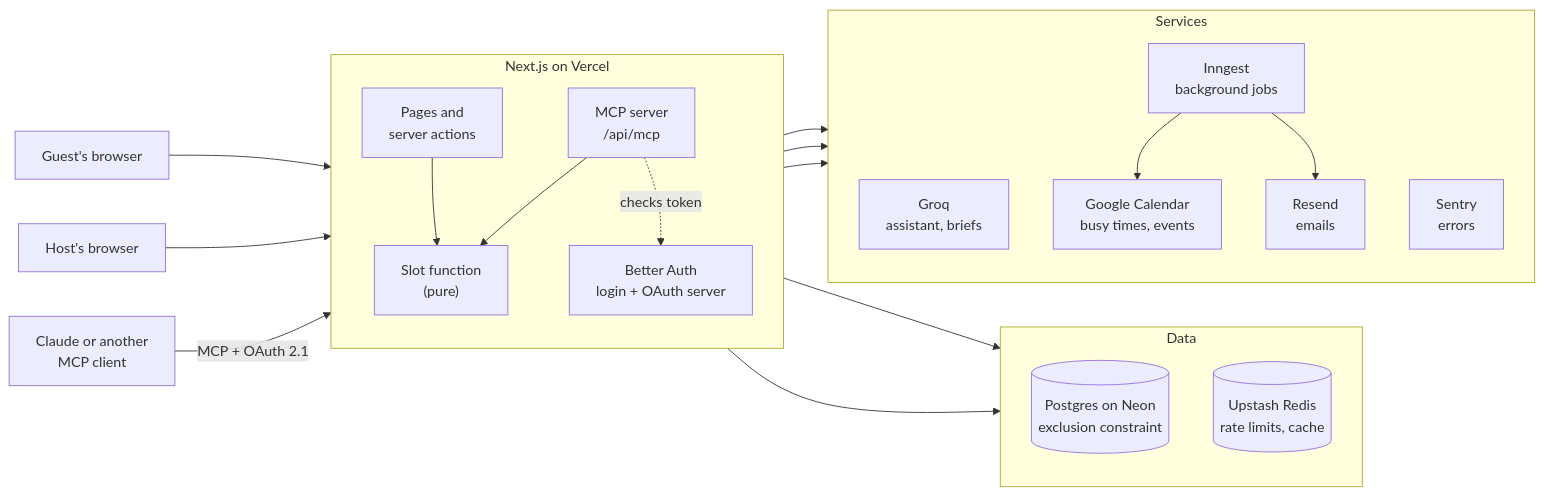
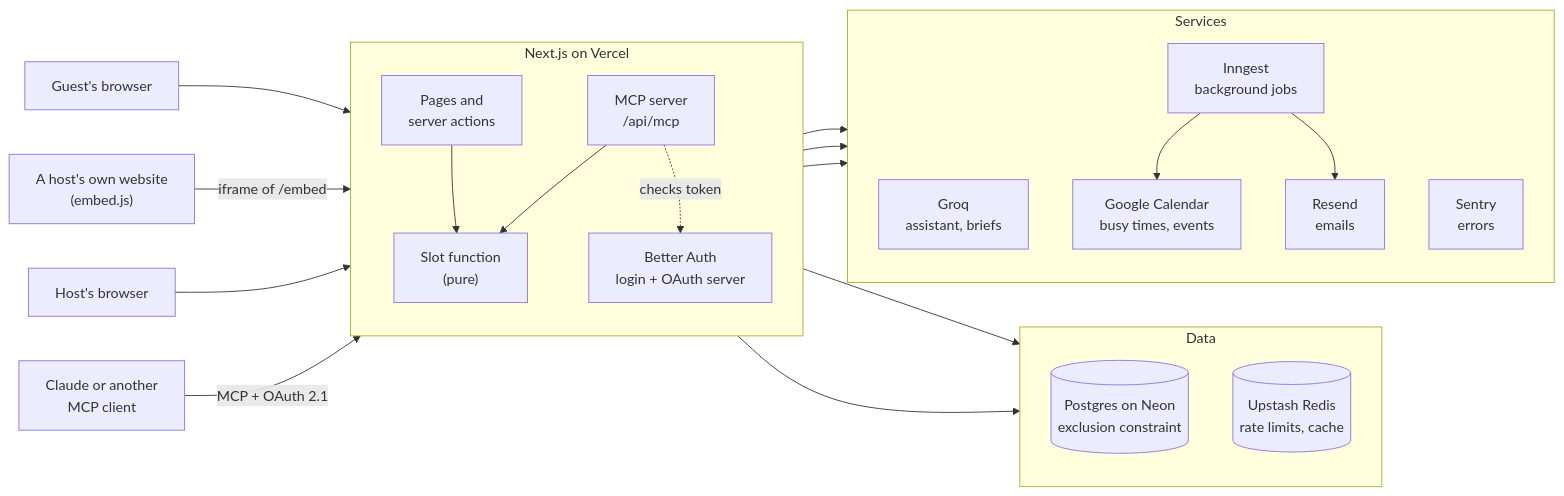
The diagram in README.md (SakifAzwad/MeetReady-V2), drawn with Mermaid before and after one commit. The commit also changed other lines of this file and 31 other files, not shown here.

````diff
--- a/README.md
+++ b/README.md
@@ -64,42 +72,43 @@
 ```mermaid
 flowchart LR
   guest["Guest's browser"] --> pages
+  site["A host's own website<br/>(embed.js)"] -->|"iframe of /embed"| pages
   host["Host's browser"] --> pages
   claude["Claude or another<br/>MCP client"] -->|"MCP + OAuth 2.1"| mcp
 
   subgraph app["Next.js on Vercel"]
     direction TB
     pages["Pages and<br/>server actions"]
     mcp["MCP server<br/>/api/mcp"]
     oauth["Better Auth<br/>login + OAuth server"]
     slots["Slot function<br/>(pure)"]
 
     pages --> slots
     mcp --> slots
     mcp -.->|checks token| oauth
   end
 
   subgraph data["Data"]
     direction TB
     pg[("Postgres on Neon<br/>exclusion constraint")]
     redis[("Upstash Redis<br/>rate limits, cache")]
   end
 
   subgraph services["Services"]
     direction TB
     groq["Groq<br/>assistant, briefs"]
     inngest["Inngest<br/>background jobs"]
     google["Google Calendar<br/>busy times, events"]
     resend["Resend<br/>emails"]
     sentry["Sentry<br/>errors"]
 
     inngest --> google
     inngest --> resend
   end
 
   pages --> pg
   pages --> redis
   pages --> groq
   pages --> inngest
   pages --> sentry
 ```
````
